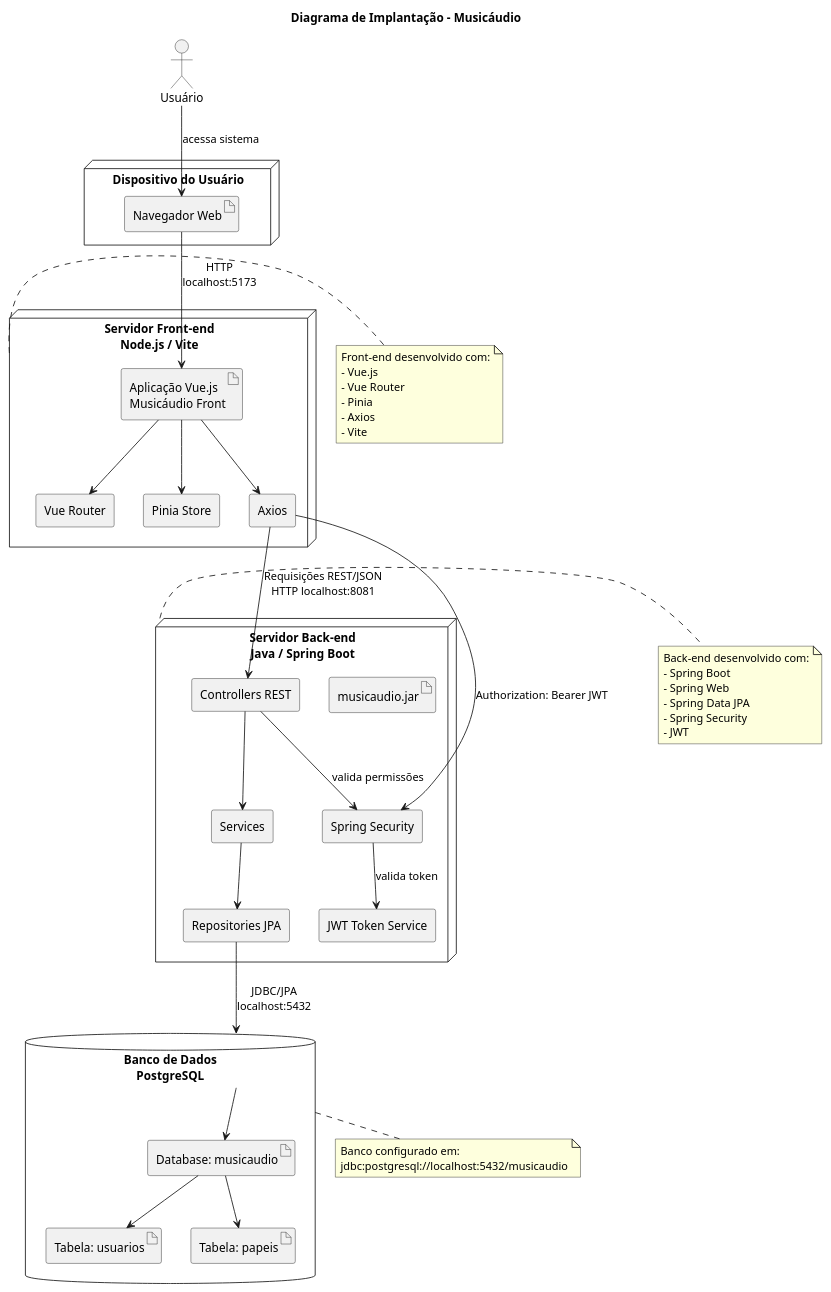
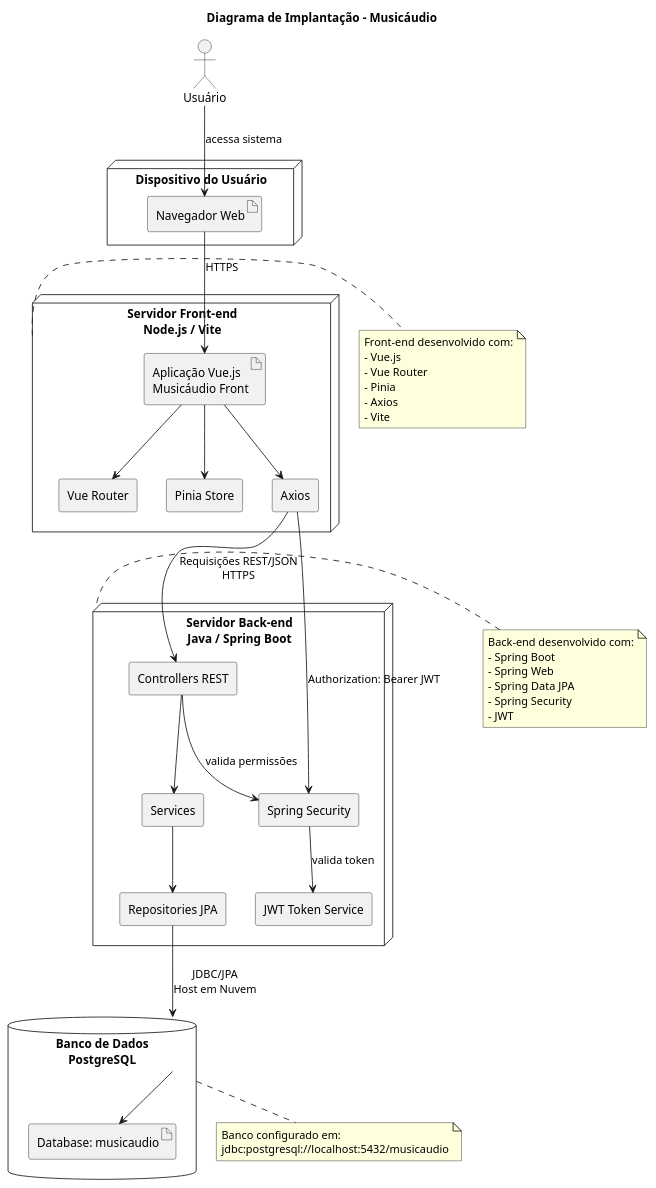
One commit to JorgeSkraba/Musicaudio_UML changed the diagram in Implantação.puml. Above: the diagram before and after it, drawn with PlantUML.

Commit message:
modificações do diagrama de implantação

```diff
--- a/Implantação.puml
+++ b/Implantação.puml
@@ -1,79 +1,74 @@
 @startuml
 title Diagrama de Implantação - Musicáudio
 
 skinparam shadowing false
 skinparam componentStyle rectangle
 
 actor "Usuário" as usuario
 
 node "Dispositivo do Usuário" {
   artifact "Navegador Web" as browser
 }
 
 node "Servidor Front-end\nNode.js / Vite" as frontend {
   artifact "Aplicação Vue.js\nMusicáudio Front" as vue
   component "Vue Router" as router
   component "Pinia Store" as pinia
   component "Axios" as axios
 }
 
 node "Servidor Back-end\nJava / Spring Boot" as backend {
-  artifact "musicaudio.jar" as jar
 
   component "Controllers REST" as controllers
   component "Spring Security" as security
   component "JWT Token Service" as jwt
   component "Services" as services
   component "Repositories JPA" as repositories
 }
 
 database "Banco de Dados\nPostgreSQL" as postgres {
   artifact "Database: musicaudio" as db
-  artifact "Tabela: usuarios" as usuarios
-  artifact "Tabela: papeis" as papeis
 }
 
 usuario --> browser : acessa sistema
-browser --> vue : HTTP\nlocalhost:5173
+browser --> vue : HTTPS
 
 vue --> router
 vue --> pinia
 vue --> axios
 
-axios --> controllers : Requisições REST/JSON\nHTTP localhost:8081
+axios --> controllers : Requisições REST/JSON\nHTTPS
 axios --> security : Authorization: Bearer JWT
 
 controllers --> security : valida permissões
 security --> jwt : valida token
 controllers --> services
 services --> repositories
-repositories --> postgres : JDBC/JPA\nlocalhost:5432
+repositories --> postgres : JDBC/JPA\nHost em Nuvem
 
 postgres --> db
-db --> usuarios
-db --> papeis
 
 note right of frontend
 Front-end desenvolvido com:
 - Vue.js
 - Vue Router
 - Pinia
 - Axios
 - Vite
 end note
 
 note right of backend
 Back-end desenvolvido com:
 - Spring Boot
 - Spring Web
 - Spring Data JPA
 - Spring Security
 - JWT
 end note
 
 note bottom of postgres
 Banco configurado em:
 jdbc:postgresql://localhost:5432/musicaudio
 end note
 
 @enduml
```
